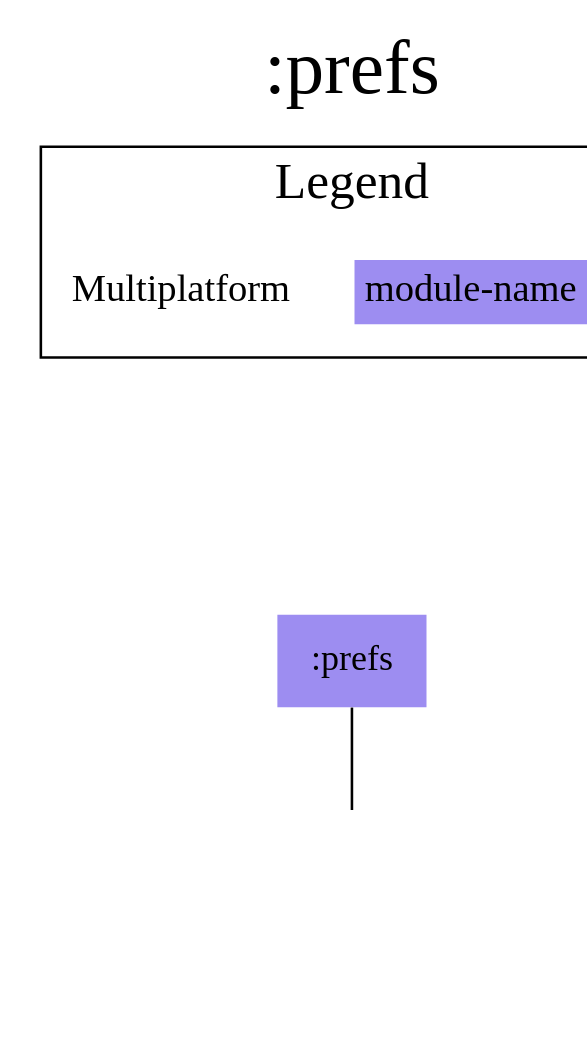
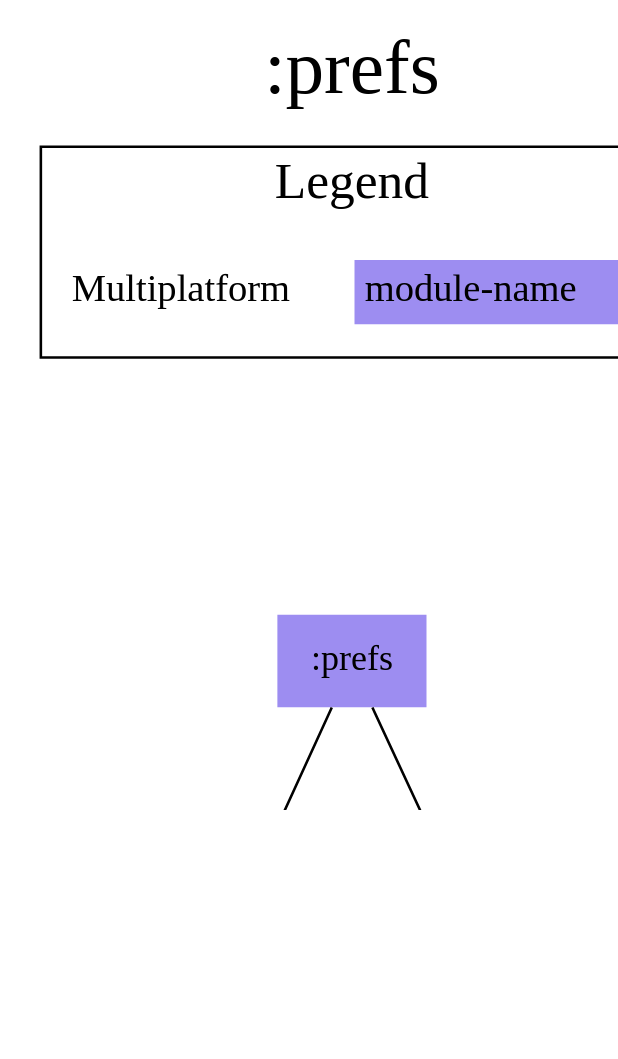
The diagram in modules/prefs/modules.dot (jonapoul/aktual), drawn with Graphviz before and after one commit. The commit also changed 56 other files, not shown here.

```diff
--- a/modules/prefs/modules.dot
+++ b/modules/prefs/modules.dot
@@ -1,21 +1,23 @@
 digraph {
 edge ["dir"="forward"]
 graph ["dpi"="100","label"=":prefs","labelloc"="t","fontsize"="30","ranksep"="1.5","rankdir"="TB"]
 node ["style"="filled"]
+":account:model" ["fillcolor"="#9D8DF1","shape"="none"]
 ":core:model" ["fillcolor"="#9D8DF1","shape"="none"]
 ":prefs" ["fillcolor"="#9D8DF1","shape"="none"]
 {
 edge ["dir"="none"]
 graph ["rank"="same"]
 }
+":prefs" -> ":account:model"
 ":prefs" -> ":core:model"
 subgraph "cluster_legend" {
 edge ["dir"="none"]
 graph ["label"="Legend","fontsize"="20"]
 "Legend" ["style"="filled","fillcolor"="#FFFFFF","shape"="none","margin"="0","fontsize"="15","label"=<
 <TABLE BORDER="0" CELLBORDER="0" CELLSPACING="0" CELLPADDING="4">
 <TR><TD>Multiplatform</TD><TD BGCOLOR="#9D8DF1">module-name</TD></TR>
 </TABLE>
 >]
 } -> ":prefs" ["style"="invis"]
 }
```
